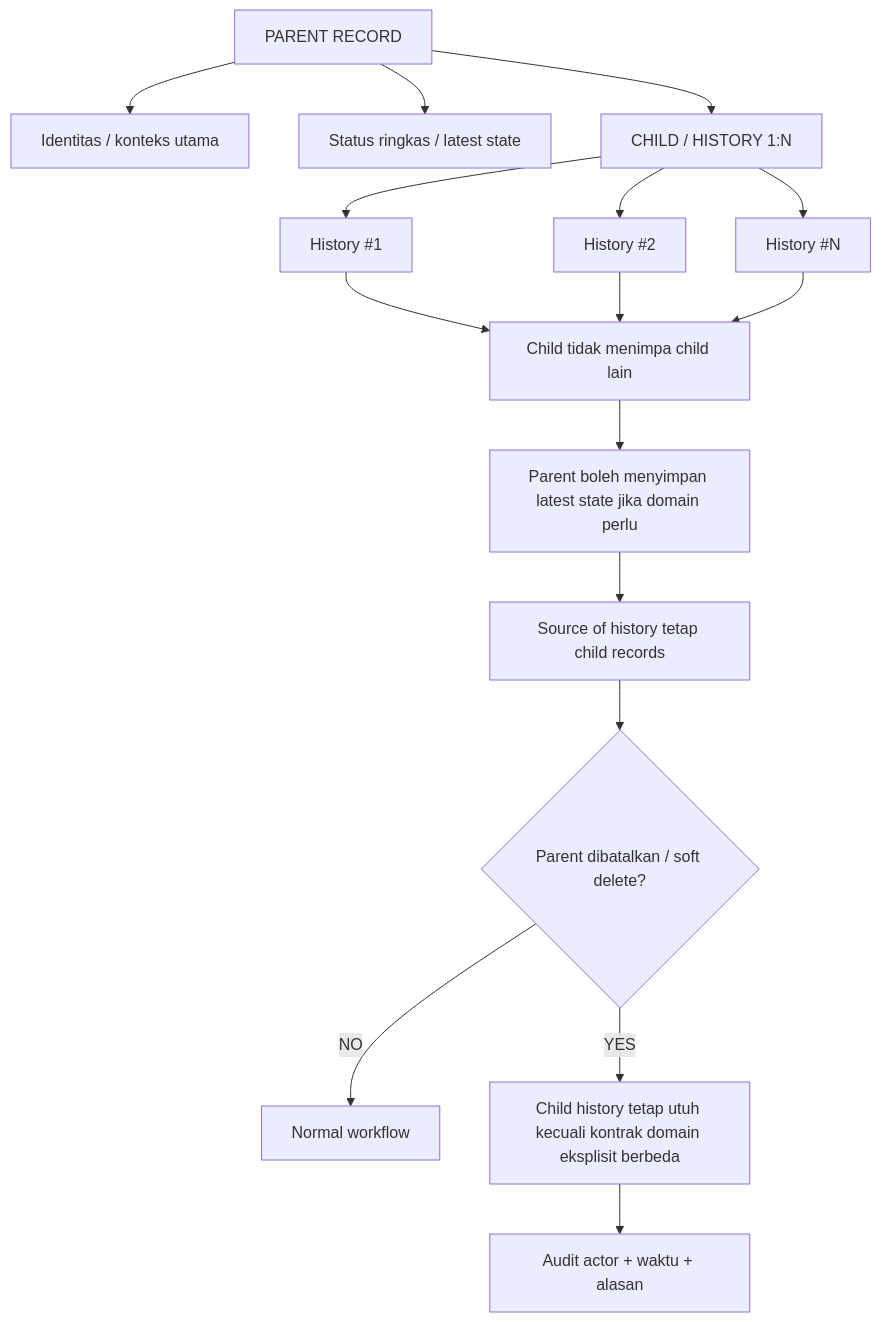
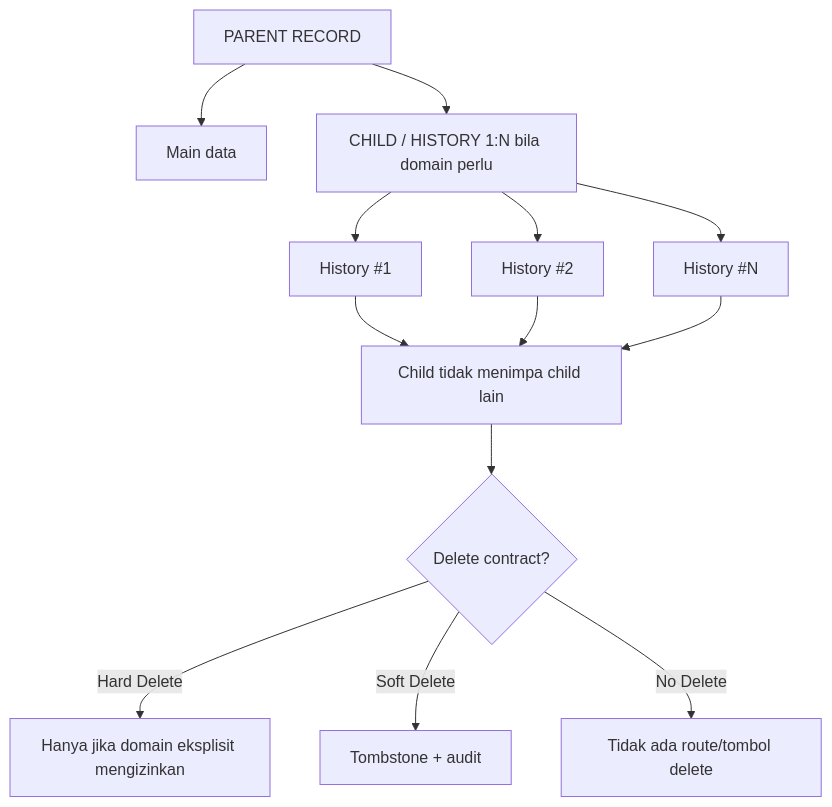
One commit to Al-Faroz/sisfour_dev_v2 changed the eighth of 13 diagrams in docs/00A_GLOBAL_STANDARD_SISFOUR.md. Above: the diagram before and after it, drawn with Mermaid. The commit also changed other lines of this file, not shown here.

````diff
--- a/docs/00A_GLOBAL_STANDARD_SISFOUR.md
+++ b/docs/00A_GLOBAL_STANDARD_SISFOUR.md
@@ -572,22 +363,17 @@
 ```mermaid
 flowchart TD
-    A["PARENT RECORD"] --> B["Identitas / konteks utama"]
-    A --> C["Status ringkas / latest state"]
-    A --> D["CHILD / HISTORY 1:N"]
+    A["PARENT RECORD"] --> B["Main data"]
+    A --> C["CHILD / HISTORY 1:N bila domain perlu"]
+    C --> C1["History #1"]
+    C --> C2["History #2"]
+    C --> C3["History #N"]
 
-    D --> D1["History #1"]
-    D --> D2["History #2"]
-    D --> D3["History #N"]
+    C1 --> D["Child tidak menimpa child lain"]
+    C2 --> D
+    C3 --> D
 
-    D1 --> E["Child tidak menimpa child lain"]
-    D2 --> E
-    D3 --> E
-
-    E --> F["Parent boleh menyimpan latest state jika domain perlu"]
-    F --> G["Source of history tetap child records"]
-
-    G --> H{"Parent dibatalkan / soft delete?"}
-    H -- "NO" --> I["Normal workflow"]
-    H -- "YES" --> J["Child history tetap utuh kecuali kontrak domain eksplisit berbeda"]
-    J --> K["Audit actor + waktu + alasan"]
+    D --> E{"Delete contract?"}
+    E -- "Hard Delete" --> H["Hanya jika domain eksplisit mengizinkan"]
+    E -- "Soft Delete" --> S["Tombstone + audit"]
+    E -- "No Delete" --> N["Tidak ada route/tombol delete"]
 ```
````
